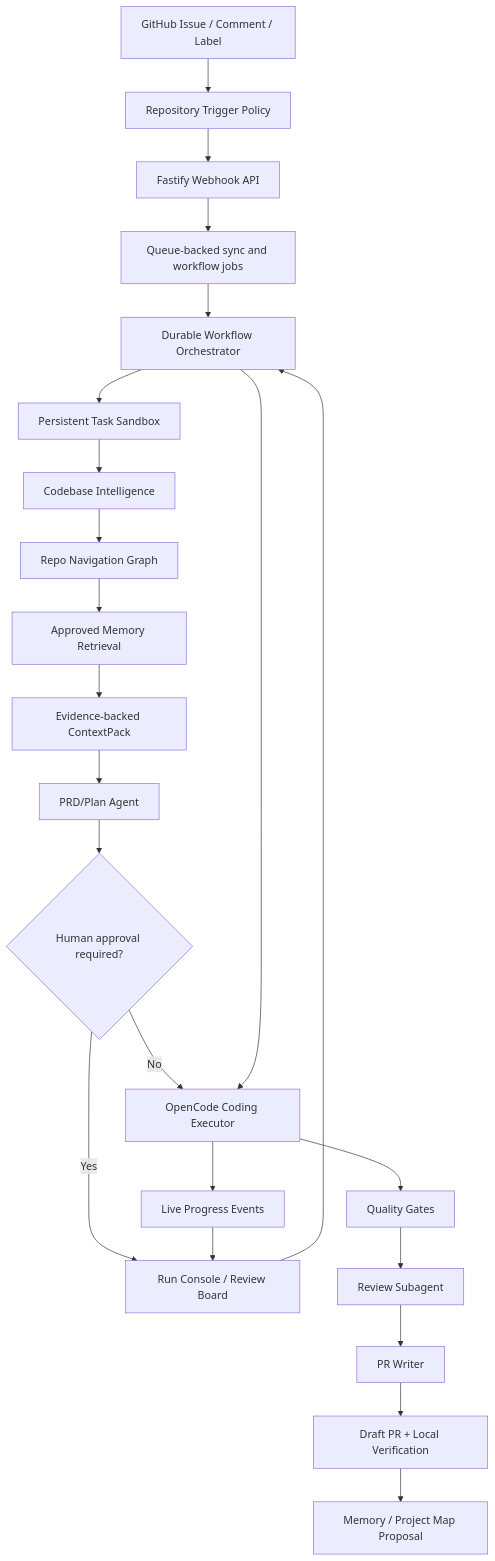
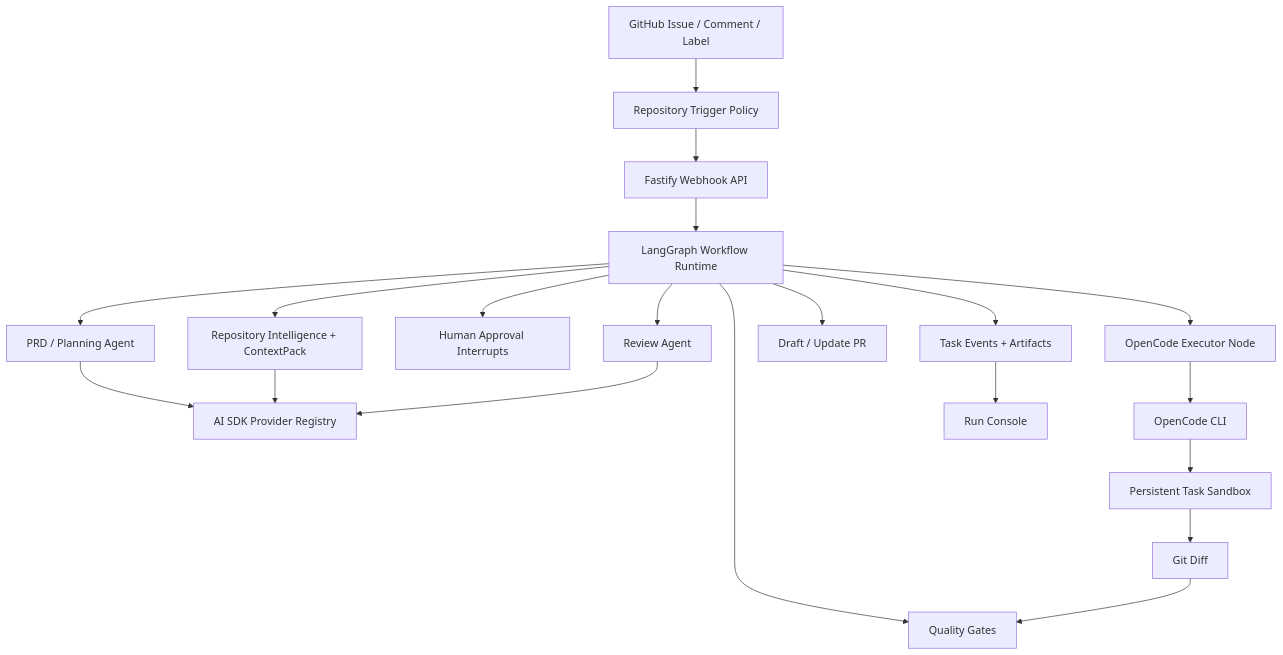
Before and after one commit to JASON-QWeb/CodeZero: the diagram in README.md, drawn with Mermaid. The commit also changed other lines of this file and 64 other files, not shown here.

Commit message:
Refactor runtime around AI SDK LangGraph and OpenCode

````diff
--- a/README.md
+++ b/README.md
@@ -37,25 +38,22 @@
 ```mermaid
 flowchart TD
   GH["GitHub Issue / Comment / Label"] --> TP["Repository Trigger Policy"]
   TP --> API["Fastify Webhook API"]
-  API --> Q["Queue-backed sync and workflow jobs"]
-  Q --> WF["Durable Workflow Orchestrator"]
-  WF --> SB["Persistent Task Sandbox"]
-  SB --> IDX["Codebase Intelligence"]
-  IDX --> GRAPH["Repo Navigation Graph"]
-  GRAPH --> MEM["Approved Memory Retrieval"]
-  MEM --> CP["Evidence-backed ContextPack"]
-  CP --> PRD["PRD/Plan Agent"]
-  PRD --> GATE{"Human approval required?"}
-  GATE -->|Yes| UI["Run Console / Review Board"]
-  UI --> WF
-  GATE -->|No| IMPL["OpenCode Coding Executor"]
-  WF --> IMPL
-  IMPL --> STREAM["Live Progress Events"]
-  STREAM --> UI
-  IMPL --> QA["Quality Gates"]
-  QA --> REV["Review Subagent"]
-  REV --> PRW["PR Writer"]
-  PRW --> PR["Draft PR + Local Verification"]
-  PR --> LEARN["Memory / Project Map Proposal"]
+  API --> LG["LangGraph Workflow Runtime"]
+  LG --> CTX["Repository Intelligence + ContextPack"]
+  LG --> PRD["PRD / Planning Agent"]
+  LG --> HITL["Human Approval Interrupts"]
+  LG --> EXEC["OpenCode Executor Node"]
+  LG --> QA["Quality Gates"]
+  LG --> REV["Review Agent"]
+  LG --> PR["Draft / Update PR"]
+  PRD --> SDK["AI SDK Provider Registry"]
+  CTX --> SDK
+  REV --> SDK
+  EXEC --> OC["OpenCode CLI"]
+  OC --> SB["Persistent Task Sandbox"]
+  SB --> DIFF["Git Diff"]
+  DIFF --> QA
+  LG --> EVENTS["Task Events + Artifacts"]
+  EVENTS --> UI["Run Console"]
 ```
````
